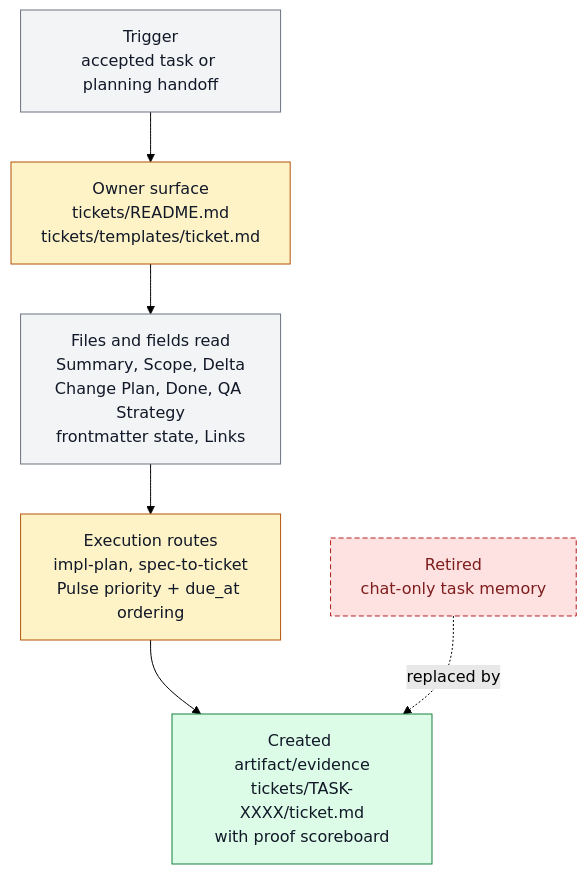
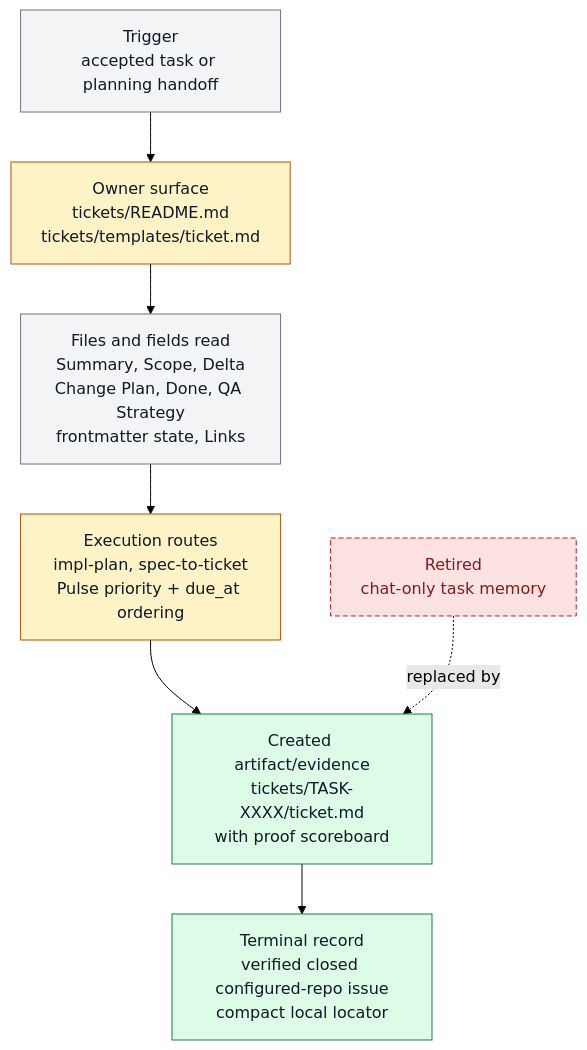
Before and after one commit to ZanarkandTechnologies/Farplane: the diagram in docs/features/FEAT-0007-ticket-as-durable-task-memory.md, drawn with Mermaid (forest theme). The commit also changed other lines of this file and 12 other files, not shown here.

````diff
--- a/docs/features/FEAT-0007-ticket-as-durable-task-memory.md
+++ b/docs/features/FEAT-0007-ticket-as-durable-task-memory.md
@@ -123,17 +141,19 @@
 ```mermaid
 flowchart TD
   classDef keep fill:#f3f4f6,stroke:#6b7280,color:#111827
   classDef changed fill:#fef3c7,stroke:#b45309,color:#111827
   classDef added fill:#dcfce7,stroke:#15803d,color:#111827
   classDef retired fill:#fee2e2,stroke:#b91c1c,color:#7f1d1d,stroke-dasharray: 5 3
 
   trigger["Trigger<br/>accepted task or planning handoff"]:::keep
   owner["Owner surface<br/>tickets/README.md<br/>tickets/templates/ticket.md"]:::changed
   readers["Files and fields read<br/>Summary, Scope, Delta<br/>Change Plan, Done, QA Strategy<br/>frontmatter state, Links"]:::keep
   routes["Execution routes<br/>impl-plan, spec-to-ticket<br/>Pulse priority + due_at ordering"]:::changed
   artifact["Created artifact/evidence<br/>tickets/TASK-XXXX/ticket.md<br/>with proof scoreboard"]:::added
+  close["Terminal record<br/>verified closed configured-repo issue<br/>compact local locator"]:::added
   old["Retired<br/>chat-only task memory"]:::retired
 
   trigger --> owner --> readers --> routes --> artifact
+  artifact --> close
   old -. replaced by .-> artifact
 ```
````
